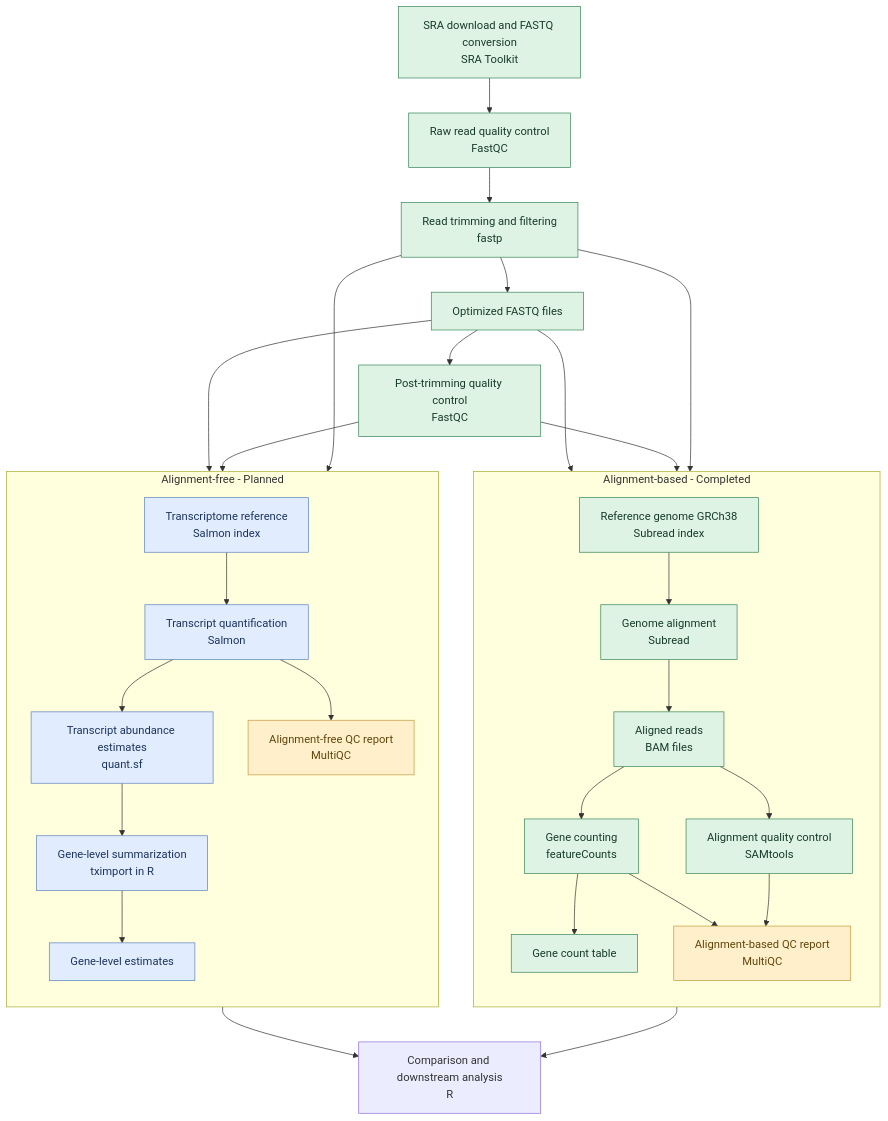
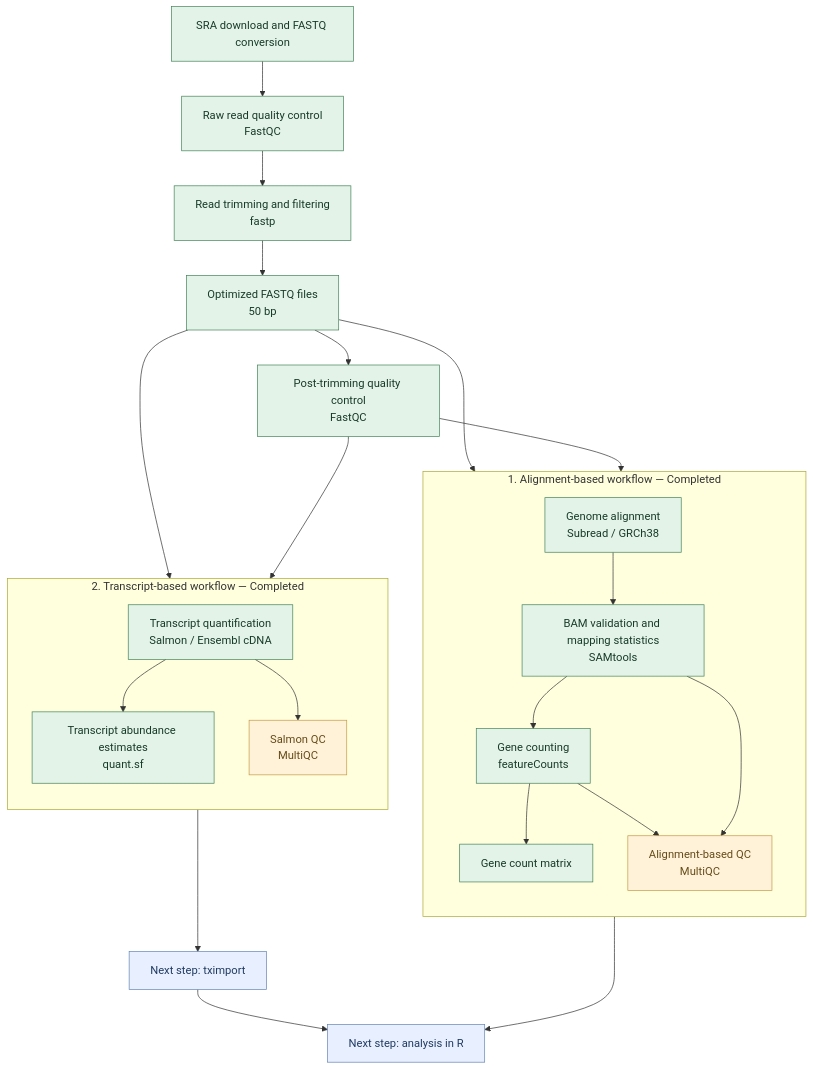
One commit to viancyrn/prueba_RNA-seq_analisis changed the first of 2 diagrams in README.md. Above: the diagram before and after it, drawn with Mermaid. The commit also changed other lines of this file, not shown here.

````diff
--- a/README.md
+++ b/README.md
@@ -106,67 +150,51 @@
 ```mermaid
 flowchart TB
-    A["SRA download and FASTQ conversion<br/>SRA Toolkit"]
+    A["SRA download and FASTQ conversion"]
     B["Raw read quality control<br/>FastQC"]
     C["Read trimming and filtering<br/>fastp"]
-    D["Optimized FASTQ files"]
+    D["Optimized FASTQ files<br/>50 bp"]
     E["Post-trimming quality control<br/>FastQC"]
 
-    A --> B
-    B --> C
-    C --> D
+    A --> B --> C --> D
     D --> E
 
-    subgraph AB["Alignment-based - Completed"]
+    subgraph AB["1. Alignment-based workflow — Completed"]
         direction TB
-        R1["Reference genome GRCh38<br/>Subread index"]
-        F["Genome alignment<br/>Subread"]
-        G["Aligned reads<br/>BAM files"]
-        H["Alignment quality control<br/>SAMtools"]
-        I["Gene counting<br/>featureCounts"]
-        J["Gene count table"]
-        MQ1["Alignment-based QC report<br/>MultiQC"]
+        F["Genome alignment<br/>Subread / GRCh38"]
+        G["BAM validation and mapping statistics<br/>SAMtools"]
+        H["Gene counting<br/>featureCounts"]
+        I["Gene count matrix"]
+        J["Alignment-based QC<br/>MultiQC"]
 
-        R1 --> F
-        F --> G
-        G --> H
-        G --> I
-        I --> J
-        H --> MQ1
-        I --> MQ1
+        F --> G --> H --> I
+        G --> J
+        H --> J
     end
 
-    subgraph AF["Alignment-free - Planned"]
+    subgraph AF["2. Transcript-based workflow — Completed"]
         direction TB
-        R2["Transcriptome reference<br/>Salmon index"]
-        K["Transcript quantification<br/>Salmon"]
+        K["Transcript quantification<br/>Salmon / Ensembl cDNA"]
         L["Transcript abundance estimates<br/>quant.sf"]
-        MQ2["Alignment-free QC report<br/>MultiQC"]
-        M["Gene-level summarization<br/>tximport in R"]
-        N["Gene-level estimates"]
+        M["Salmon QC<br/>MultiQC"]
 
-        R2 --> K
         K --> L
-        K --> MQ2
-        L --> M
-        M --> N
+        K --> M
     end
 
     D --> F
     D --> K
+    E --> J
+    E --> M
 
-    E --> MQ1
-    E --> MQ2
-    C --> MQ1
-    C --> MQ2
+    I --> N["Next step: analysis in R"]
+    L --> O["Next step: tximport"]
+    O --> N
 
-    J --> Z["Comparison and downstream analysis<br/>R"]
-    N --> Z
+    classDef completed fill:#e4f3e8,stroke:#44845a,color:#173b29
+    classDef planned fill:#e8efff,stroke:#6485b7,color:#213b62
+    classDef report fill:#fff2d8,stroke:#c59a48,color:#654b19
 
-    classDef completed fill:#dff3e5,stroke:#38865a,color:#173b29
-    classDef planned fill:#e2ecff,stroke:#5b83bd,color:#1c355b
-    classDef report fill:#fff0cb,stroke:#c39b3e,color:#60450b
-
-    class A,B,C,D,E,R1,F,G,H,I,J completed
-    class R2,K,L,M,N planned
-    class MQ1,MQ2 report
+    class A,B,C,D,E,F,G,H,I,K,L completed
+    class N,O planned
+    class J,M report
 ```
````
